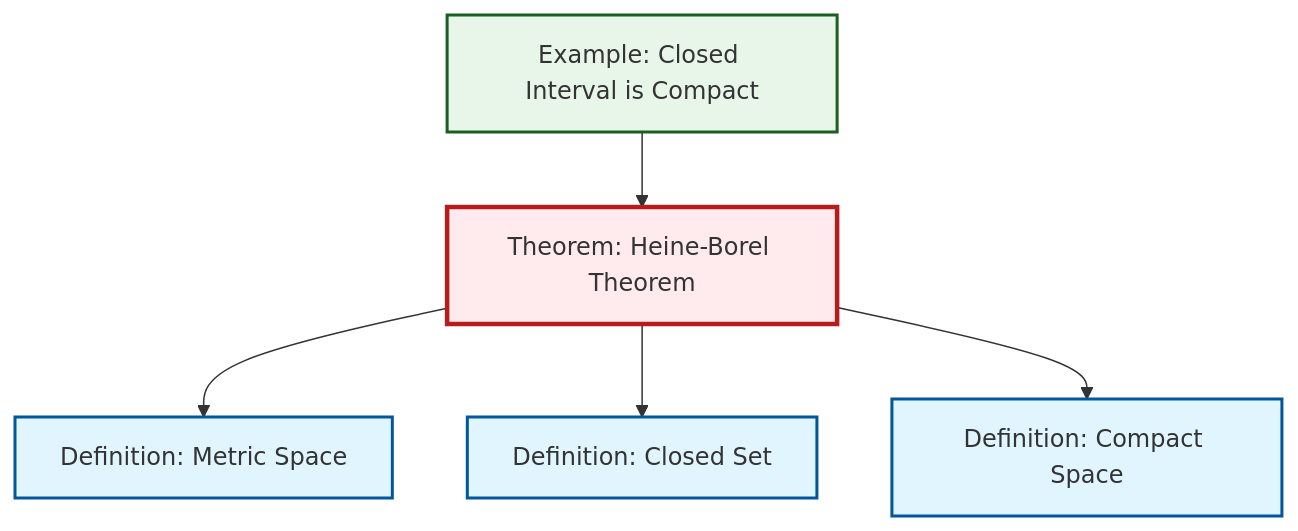
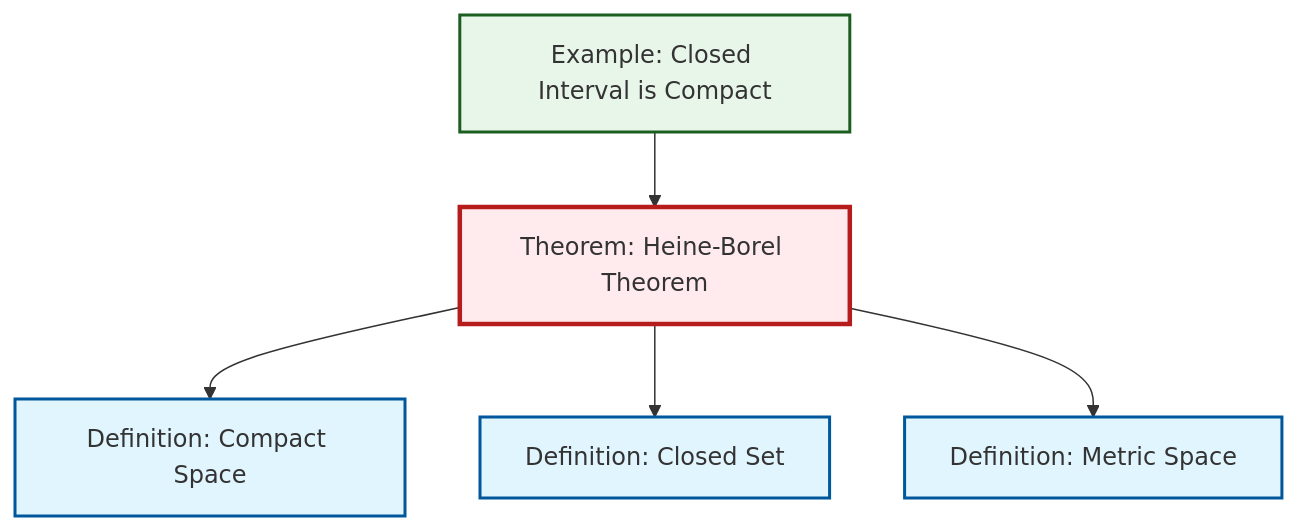
Before and after one commit to RK0429/ModernMath: the diagram in content/en/topology/thm-heine-borel.qmd, drawn with Mermaid. The commit also changed 511 other files, not shown here.

````diff
--- a/content/en/topology/thm-heine-borel.qmd
+++ b/content/en/topology/thm-heine-borel.qmd
@@ -46,24 +46,19 @@
 ```{mermaid}
 %%| fig-cap: "Local dependency graph"
 graph TD
     classDef definition fill:#e1f5fe,stroke:#01579b,stroke-width:2px
     classDef theorem fill:#f3e5f5,stroke:#4a148c,stroke-width:2px
     classDef axiom fill:#fff3e0,stroke:#e65100,stroke-width:2px
     classDef example fill:#e8f5e9,stroke:#1b5e20,stroke-width:2px
     classDef current fill:#ffebee,stroke:#b71c1c,stroke-width:3px
+    def-compact["Definition: Compact Space"]:::definition
+    def-metric-space["Definition: Metric Space"]:::definition
+    thm-heine-borel["Theorem: Heine-Borel Theorem"]:::theorem
+    ex-closed-interval-compact["Example: Closed Interval is Compact"]:::example
     def-closed-set["Definition: Closed Set"]:::definition
-    ex-closed-interval-compact["Example: Closed Interval is Compact"]:::example
-    def-metric-space["Definition: Metric Space"]:::definition
-    def-compact["Definition: Compact Space"]:::definition
-    thm-heine-borel["Theorem: Heine-Borel Theorem"]:::theorem
+    ex-closed-interval-compact --> thm-heine-borel
+    thm-heine-borel --> def-compact
+    thm-heine-borel --> def-closed-set
     thm-heine-borel --> def-metric-space
-    thm-heine-borel --> def-closed-set
-    thm-heine-borel --> def-compact
-    ex-closed-interval-compact --> thm-heine-borel
     class thm-heine-borel current
-
-    click def-closed-set "def-closed-set.html" "Go to Closed Set definition"
-    click ex-closed-interval-compact "ex-closed-interval-compact.html" "Go to Closed Interval is Compact example"
-    click def-metric-space "def-metric-space.html" "Go to Metric Space definition"
-    click def-compact "def-compact.html" "Go to Compact Space definition"
 ```
````
